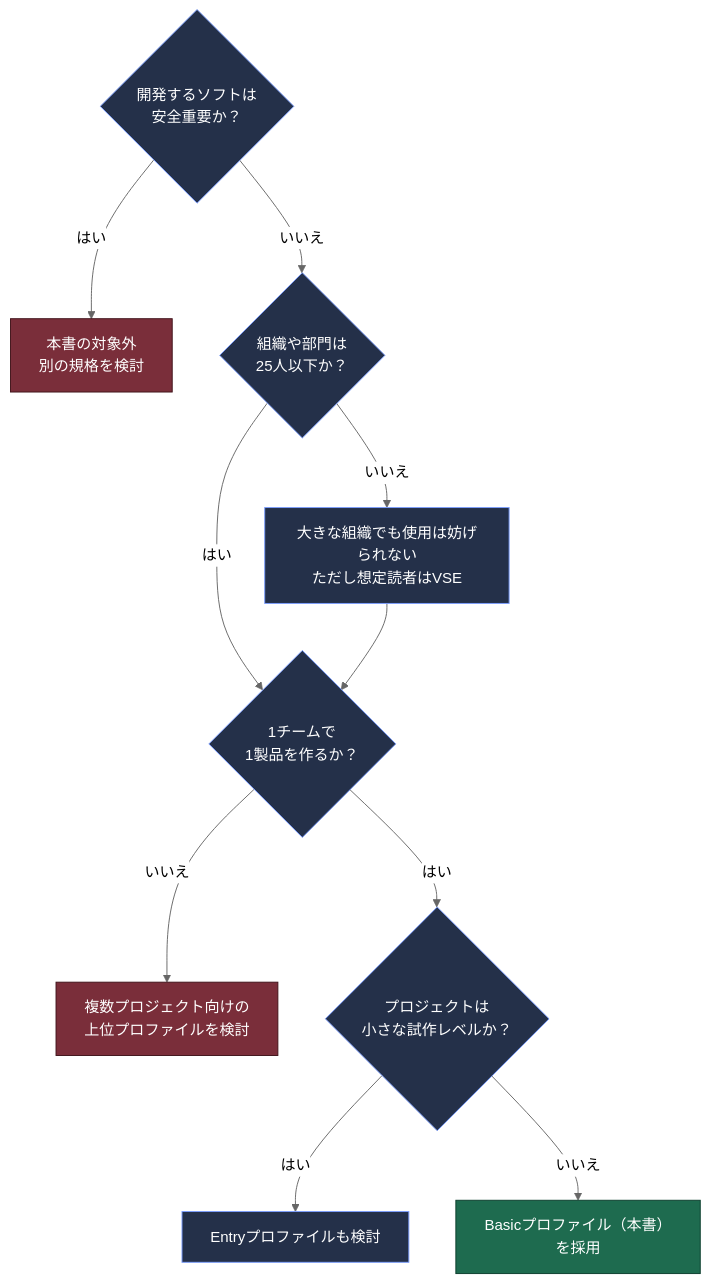
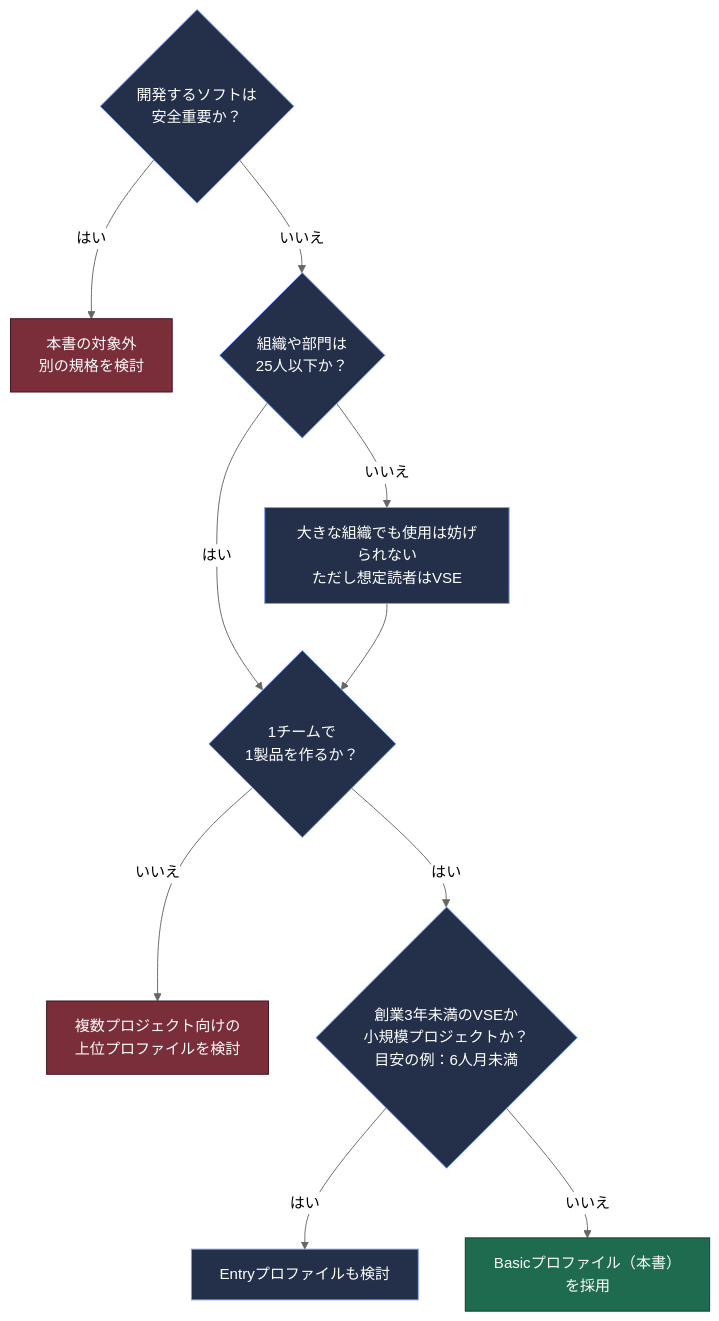
Before and after one commit to myoshi2891/Quality-Assurance-Studies: the fifth of 13 diagrams in Iso-iec-29110-5-1-2-2025-beginner-guide.md, drawn with Mermaid (neutral theme). The commit also changed other lines of this file, not shown here.

````diff
--- a/Iso-iec-29110-5-1-2-2025-beginner-guide.md
+++ b/Iso-iec-29110-5-1-2-2025-beginner-guide.md
@@ -217,19 +217,19 @@
 ```mermaid
 flowchart TD
     DJ1{"開発するソフトは<br/>安全重要か？"}
     DJ1 -->|はい| DJ9["本書の対象外<br/>別の規格を検討"]
     DJ1 -->|いいえ| DJ2{"組織や部門は<br/>25人以下か？"}
     DJ2 -->|いいえ| DJ3["大きな組織でも使用は妨げられない<br/>ただし想定読者はVSE"]
     DJ2 -->|はい| DJ4{"1チームで<br/>1製品を作るか？"}
     DJ3 --> DJ4
     DJ4 -->|いいえ| DJ8["複数プロジェクト向けの<br/>上位プロファイルを検討"]
-    DJ4 -->|はい| DJ5{"プロジェクトは<br/>小さな試作レベルか？"}
+    DJ4 -->|はい| DJ5{"創業3年未満のVSEか<br/>小規模プロジェクトか？<br/>目安の例：6人月未満"}
     DJ5 -->|はい| DJ6["Entryプロファイルも検討"]
     DJ5 -->|いいえ| DJ7["Basicプロファイル（本書）を採用"]
     classDef ok fill:#1e6b4f,stroke:#0b3d2c,color:#ffffff
     classDef ng fill:#7a2e3a,stroke:#3f1219,color:#ffffff
     classDef mid fill:#243049,stroke:#7c9eff,color:#ffffff
     class DJ7 ok
     class DJ9,DJ8 ng
     class DJ1,DJ2,DJ3,DJ4,DJ5,DJ6 mid
 ```
````
